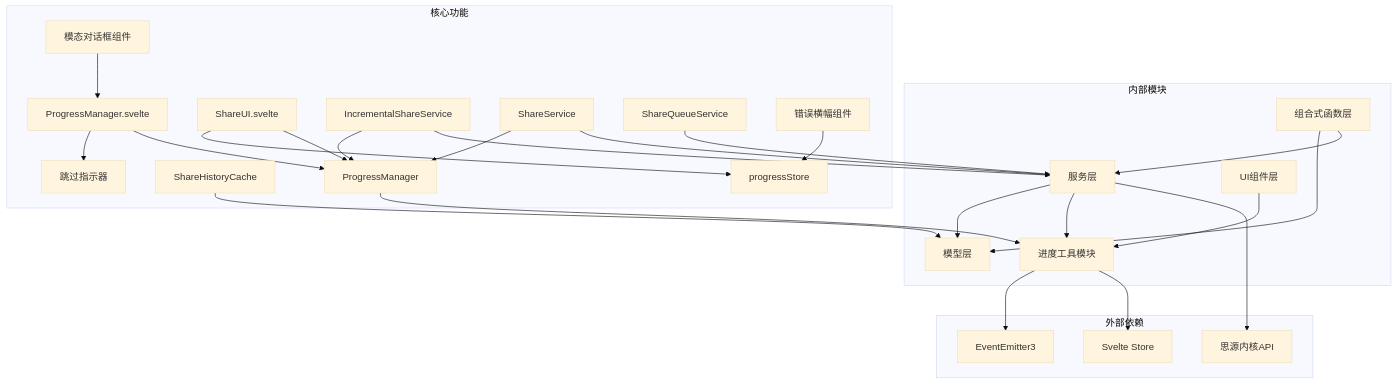
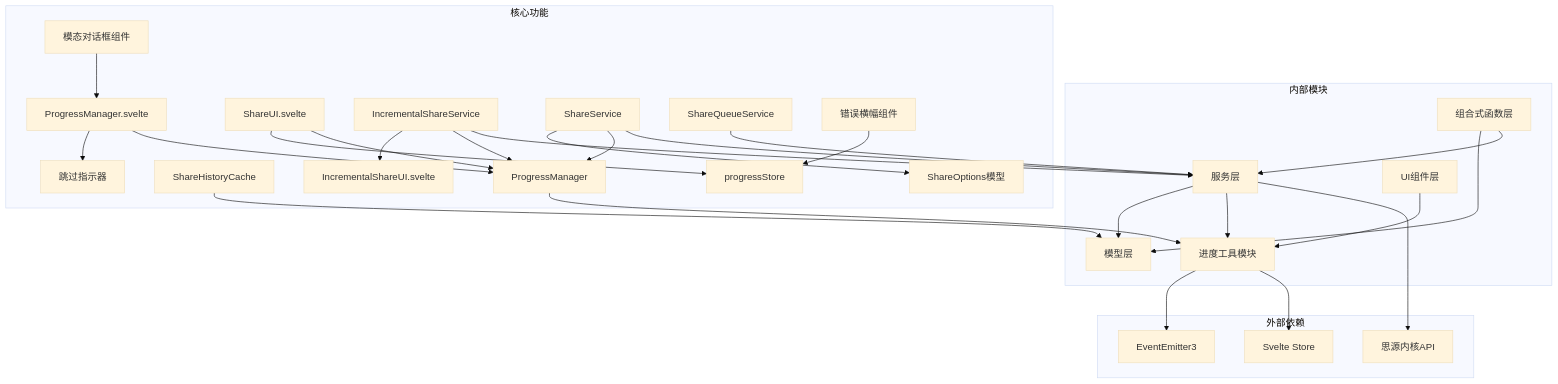
Before and after one commit to terwerinc/siyuan-plugin-share-pro: the tenth of 10 diagrams in .qoder/repowiki/zh/content/Progress Management Enhancements.md, drawn with Mermaid (base theme). The commit also changed other lines of this file and 7 other files, not shown here.

Commit message:
feat(progress): add skip message control and incremental share UI

````diff
--- a/.qoder/repowiki/zh/content/Progress Management Enhancements.md
+++ b/.qoder/repowiki/zh/content/Progress Management Enhancements.md
@@ -764,49 +820,53 @@
 ```mermaid
 graph TB
 subgraph "外部依赖"
 Svelte[Svelte Store]
 EventEmitter[EventEmitter3]
 SiyuanAPI[思源内核API]
 end
 subgraph "内部模块"
 ProgressUtils[进度工具模块]
 ServiceLayer[服务层]
 ModelLayer[模型层]
 ComposableLayer[组合式函数层]
 UIComponents[UI组件层]
 end
 subgraph "核心功能"
 PM[ProgressManager]
 PMSvelte[ProgressManager.svelte]
 ShareUI[ShareUI.svelte]
 ISS[IncrementalShareService]
 SS[ShareService]
 SQS[ShareQueueService]
 SHC[ShareHistoryCache]
 PStore[progressStore]
 ErrorBanner[错误横幅组件]
 ModalDialog[模态对话框组件]
 SkippedIndicator[跳过指示器]
+ShareOptions[ShareOptions模型]
+IncrementalUI[IncrementalShareUI.svelte]
 end
 ProgressUtils --> Svelte
 ProgressUtils --> EventEmitter
 ServiceLayer --> SiyuanAPI
 ServiceLayer --> ProgressUtils
 ServiceLayer --> ModelLayer
 ComposableLayer --> ServiceLayer
 ComposableLayer --> ModelLayer
 UIComponents --> ProgressUtils
 PM --> ProgressUtils
 PMSvelte --> PM
 PMSvelte --> SkippedIndicator
 ShareUI --> PM
 ShareUI --> PStore
 ISS --> ServiceLayer
 ISS --> PM
+ISS --> IncrementalUI
 SS --> ServiceLayer
 SS --> PM
+SS --> ShareOptions
 SQS --> ServiceLayer
 SHC --> ModelLayer
 ErrorBanner --> PStore
 ModalDialog --> PMSvelte
 ```
````
